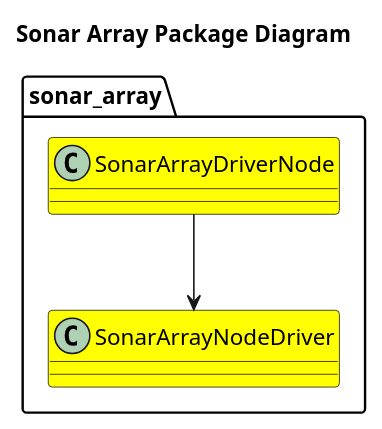
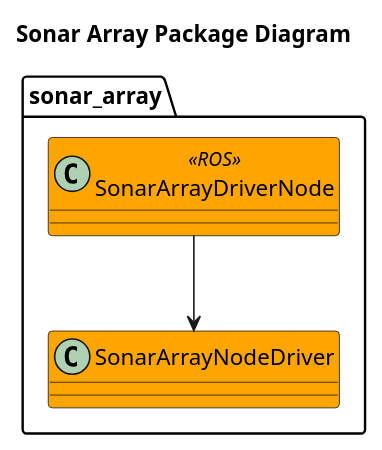
Before and after one commit to fastrobotics/sonar_array: the diagram in doc/SonarArrayPackageDiagram.puml, drawn with PlantUML. The commit also changed 7 other files, not shown here.

```diff
--- a/doc/SonarArrayPackageDiagram.puml
+++ b/doc/SonarArrayPackageDiagram.puml
@@ -1,10 +1,10 @@
 @startuml
 title Sonar Array Package Diagram
 
 package sonar_array {
-    class SonarArrayDriverNode #Yellow
-    class SonarArrayNodeDriver #Yellow
+    class SonarArrayDriverNode <<ROS>> #Orange
+    class SonarArrayNodeDriver #Orange
     SonarArrayDriverNode --> SonarArrayNodeDriver
 }
 
 @enduml
```
